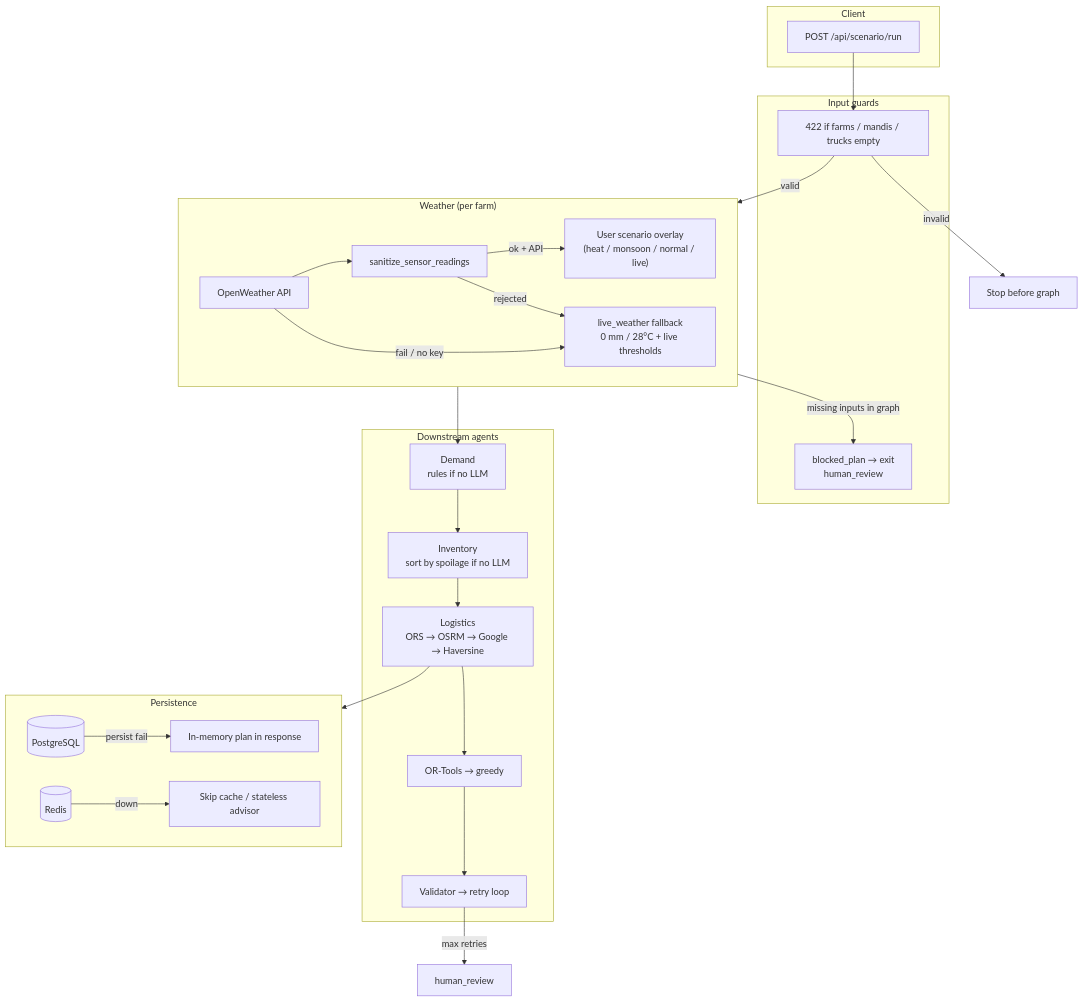
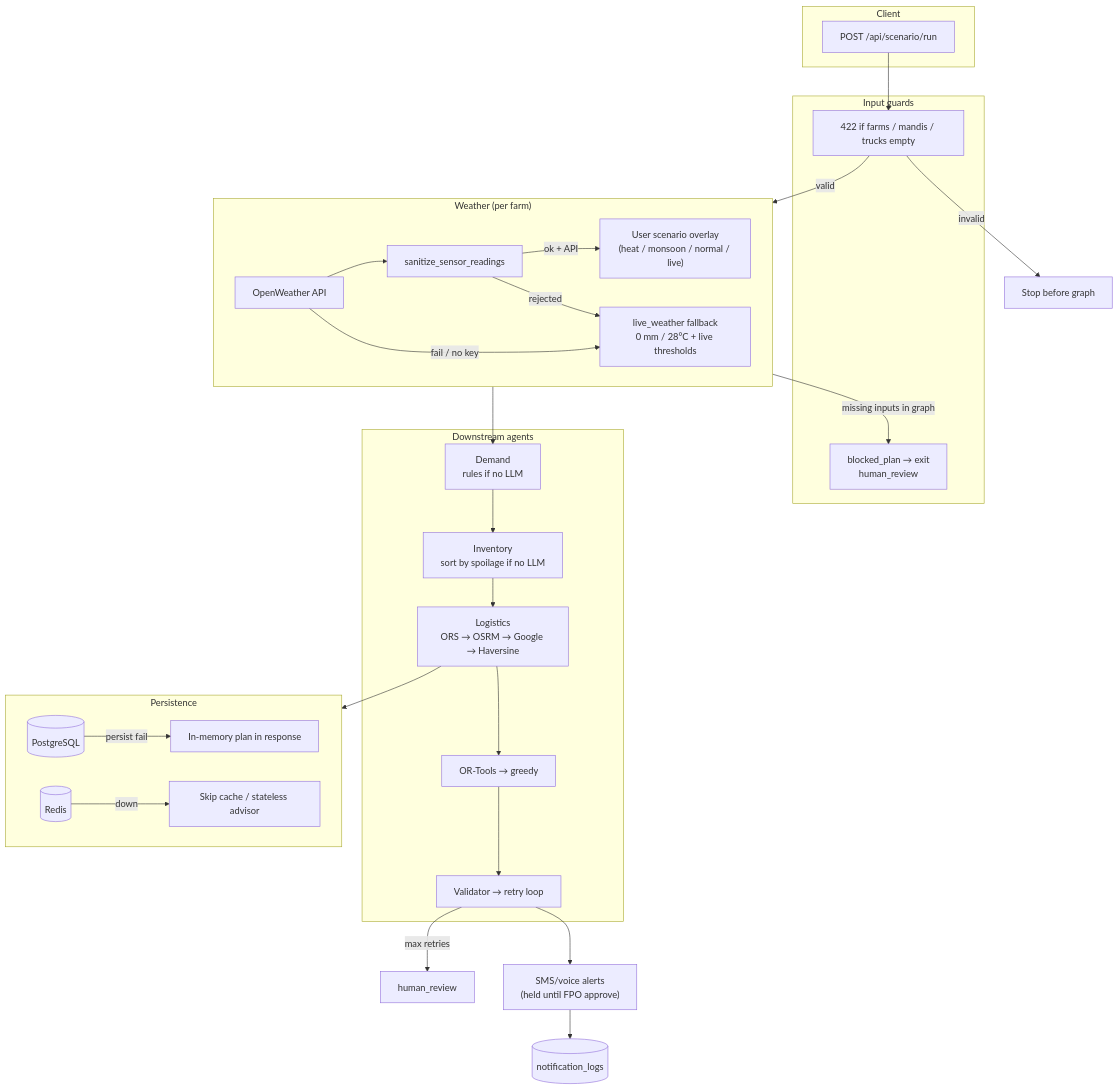
Before and after one commit to Aditya-s14/Unysis_AgentFarm: the first of 14 diagrams in FallbackHandling.md, drawn with Mermaid. The commit also changed other lines of this file and 31 other files, not shown here.

First line of the commit message:
Add FPO approval gateway and offline SMS/voice notifications

````diff
--- a/FallbackHandling.md
+++ b/FallbackHandling.md
@@ -19,45 +20,47 @@
 ```mermaid
 flowchart TB
   subgraph client["Client"]
     RUN["POST /api/scenario/run"]
   end
 
   subgraph guards["Input guards"]
     V422["422 if farms / mandis / trucks empty"]
     BLOCK["blocked_plan → exit\nhuman_review"]
   end
 
   subgraph weather["Weather (per farm)"]
     OW["OpenWeather API"]
     SAN["sanitize_sensor_readings"]
     LIVE_FB["live_weather fallback\n0 mm / 28°C + live thresholds"]
     OW --> SAN
     SAN -->|ok + API| OVERLAY["User scenario overlay\n(heat / monsoon / normal / live)"]
     SAN -->|rejected| LIVE_FB
     OW -->|fail / no key| LIVE_FB
   end
 
   subgraph agents["Downstream agents"]
     DEM["Demand\nrules if no LLM"]
     INV["Inventory\nsort by spoilage if no LLM"]
     LOG["Logistics\nORS → OSRM → Google → Haversine"]
     VRP["OR-Tools → greedy"]
     VAL["Validator → retry loop"]
   end
 
   subgraph store["Persistence"]
     PG[("PostgreSQL")]
     RD[("Redis")]
     PG -->|persist fail| MEM["In-memory plan in response"]
     RD -->|down| NOCACHE["Skip cache / stateless advisor"]
   end
 
   RUN --> V422
   V422 -->|invalid| STOP["Stop before graph"]
   V422 -->|valid| weather
   weather -->|missing inputs in graph| BLOCK
   weather --> DEM
   DEM --> INV --> LOG --> VRP --> VAL
   VAL -->|max retries| HR["human_review"]
   LOG --> store
+  VAL --> NOTIFY["SMS/voice alerts\n(held until FPO approve)"]
+  NOTIFY --> LOG2[("notification_logs")]
 ```
````
